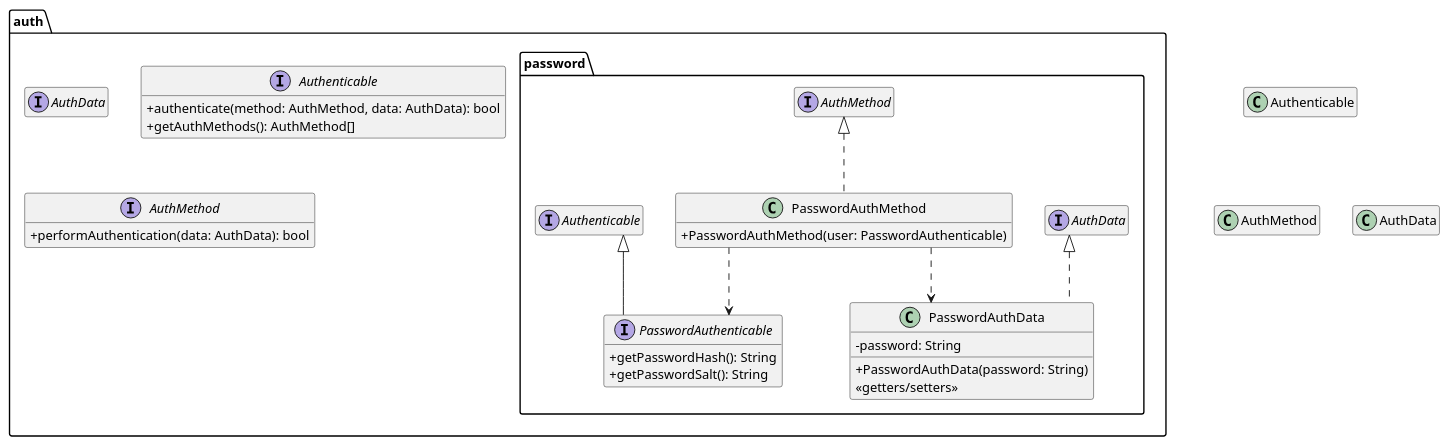
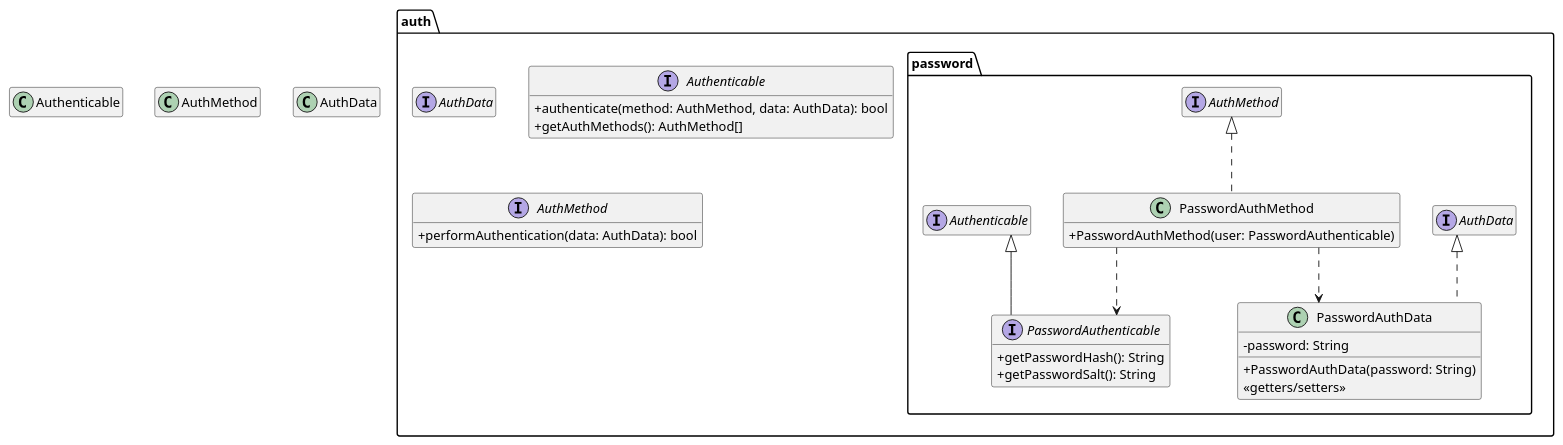
One commit to Matlice/ing_sw_2022 changed the diagram in DOC/VER1/diagrams/class/class_diagram_auth.puml. Above: the diagram before and after it, drawn with PlantUML. The commit also changed 7 other files, not shown here.

Commit message:
finished up diagrams

```diff
--- a/DOC/VER1/diagrams/class/class_diagram_auth.puml
+++ b/DOC/VER1/diagrams/class/class_diagram_auth.puml
@@ -1,48 +1,48 @@
 @startuml
 
 skinparam ClassAttributeIconSize 0
 'skinparam groupInheritance 2
 skinparam linetype ortho
 hide empty members
 
 package auth #FFFFFF {
     interface AuthData {
 
     }
 
     interface Authenticable {
         + authenticate(method: AuthMethod, data: AuthData): bool
         + getAuthMethods(): AuthMethod[]
     }
 
     interface AuthMethod {
         + performAuthentication(data: AuthData): bool
     }
 
     package password #FFFFFF {
         class PasswordAuthData implements AuthData {
             - password: String
             __
             + PasswordAuthData(password: String)
             <<getters/setters>>
         }
 
         interface PasswordAuthenticable extends Authenticable {
             + getPasswordHash(): String
             + getPasswordSalt(): String
         }
 
         class PasswordAuthMethod implements AuthMethod {
             + PasswordAuthMethod(user: PasswordAuthenticable)
         }
     }    
 
 }
 
-Authenticable -[hidden]-> AuthMethod
-Authenticable -[hidden]-> AuthData
+Authenticable -right[hidden]- AuthMethod
+AuthMethod -right[hidden]- AuthData
 
 PasswordAuthMethod ..> PasswordAuthenticable
 PasswordAuthMethod ..> PasswordAuthData
 
 @enduml
```
